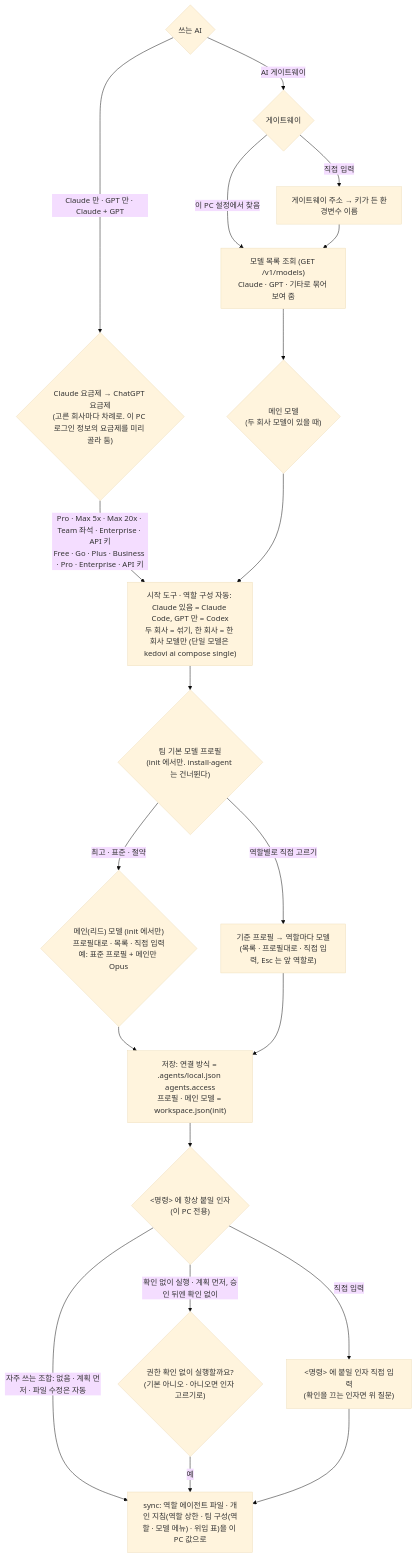
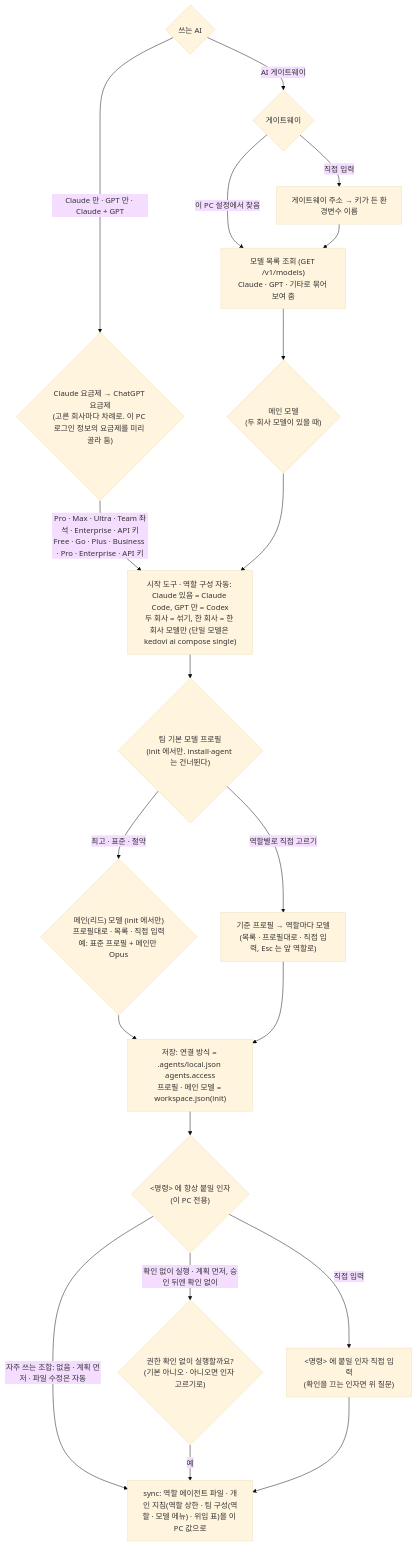
Before and after one commit to evrenjo/kedovi: the fifth of 9 diagrams in docs/workflow.md, drawn with Mermaid (base theme). The commit also changed other lines of this file and 62 other files, not shown here.

````diff
--- a/docs/workflow.md
+++ b/docs/workflow.md
@@ -152,23 +152,23 @@
 ```mermaid
 flowchart TD
     S{"쓰는 AI"} -->|"Claude 만 · GPT 만 · Claude + GPT"| PL{"Claude 요금제 → ChatGPT 요금제<br/>(고른 회사마다 차례로. 이 PC 로그인 정보의 요금제를 미리 골라 둠)"}
-    PL -->|"Pro · Max 5x · Max 20x · Team 좌석 · Enterprise · API 키<br/>Free · Go · Plus · Business · Pro · Enterprise · API 키"| T
+    PL -->|"Pro · Max · Ultra · Team 좌석 · Enterprise · API 키<br/>Free · Go · Plus · Business · Pro · Enterprise · API 키"| T
     S -->|"AI 게이트웨이"| G1{"게이트웨이"}
     G1 -->|"이 PC 설정에서 찾음"| G3["모델 목록 조회 (GET /v1/models)<br/>Claude · GPT · 기타로 묶어 보여 줌"]
     G1 -->|"직접 입력"| G2["게이트웨이 주소 → 키가 든 환경변수 이름"]
     G2 --> G3
     G3 --> GM{"메인 모델<br/>(두 회사 모델이 있을 때)"}
     GM --> T
     T["시작 도구 · 역할 구성 자동: Claude 있음 = Claude Code, GPT 만 = Codex<br/>두 회사 = 섞기, 한 회사 = 한 회사 모델만 (단일 모델은 kedovi ai compose single)"] --> P{"팀 기본 모델 프로필<br/>(init 에서만. install·agent 는 건너뛴다)"}
     P -->|"최고 · 표준 · 절약"| MM{"메인(리드) 모델 (init 에서만)<br/>프로필대로 · 목록 · 직접 입력<br/>예: 표준 프로필 + 메인만 Opus"}
     MM --> SV
     P -->|"역할별로 직접 고르기"| B["기준 프로필 → 역할마다 모델<br/>(목록 · 프로필대로 · 직접 입력, Esc 는 앞 역할로)"]
     B --> SV
     SV["저장: 연결 방식 = .agents/local.json agents.access<br/>프로필 · 메인 모델 = workspace.json(init)"] --> ARG{"&lt;명령&gt; 에 항상 붙일 인자<br/>(이 PC 전용)"}
     ARG -->|"자주 쓰는 조합: 없음 · 계획 먼저 · 파일 수정은 자동"| SYNC
     ARG -->|"확인 없이 실행 · 계획 먼저, 승인 뒤엔 확인 없이"| RISK{"권한 확인 없이 실행할까요?<br/>(기본 아니오 · 아니오면 인자 고르기로)"}
     RISK -->|"예"| SYNC
     ARG -->|"직접 입력"| ARGI["&lt;명령&gt; 에 붙일 인자 직접 입력<br/>(확인을 끄는 인자면 위 질문)"]
     ARGI --> SYNC
     SYNC["sync: 역할 에이전트 파일 · 개인 지침(역할 상한 · 팀 구성(역할 · 모델 메뉴) · 위임 표)을 이 PC 값으로"]
 ```
````
